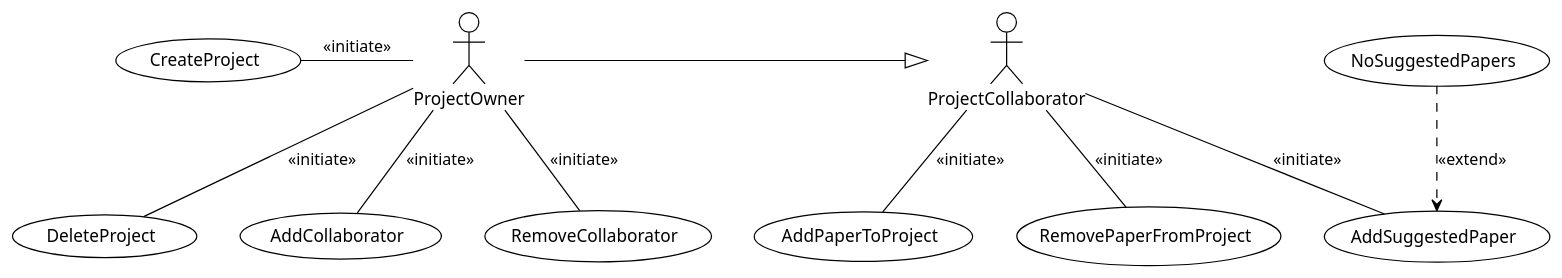
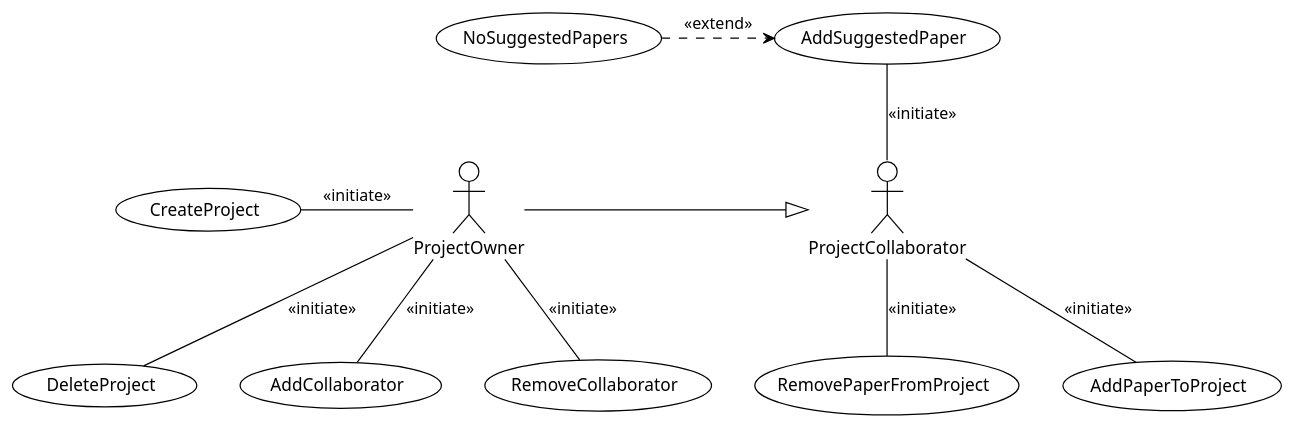
The diagram in Use case diagrams/UseCases.puml (BlueMango10/Project-uml), drawn with PlantUML before and after one commit. The commit also changed 1 other file, not shown here.

```diff
--- a/Use case diagrams/UseCases.puml
+++ b/Use case diagrams/UseCases.puml
@@ -1,26 +1,26 @@
 @startuml UseCases
 !theme plain
 (CreateProject) as crpj
 (DeleteProject) as dlpj
 (AddCollaborator) as adco
 (RemoveCollaborator) as rmco
 (AddPaperToProject) as adpa
 (AddSuggestedPaper) as adsg
 (NoSuggestedPapers) as nosg
 (RemovePaperFromProject) as rmpa
 :ProjectOwner: as po
 :ProjectCollaborator: as pc
 
 po -r-|> pc
 
-nosg --> adsg #line.dashed : <<extend>>
+nosg -r-> adsg #line.dashed : <<extend>>
 
 po -l- crpj : <<initiate>>
 po -- dlpj : <<initiate>>
 po -- adco : <<initiate>>
 po -- rmco : <<initiate>>
 
 pc -- adpa : <<initiate>>
-pc -- adsg : <<initiate>>
+pc -u- adsg : <<initiate>>
 pc -- rmpa : <<initiate>>
 @enduml
```
